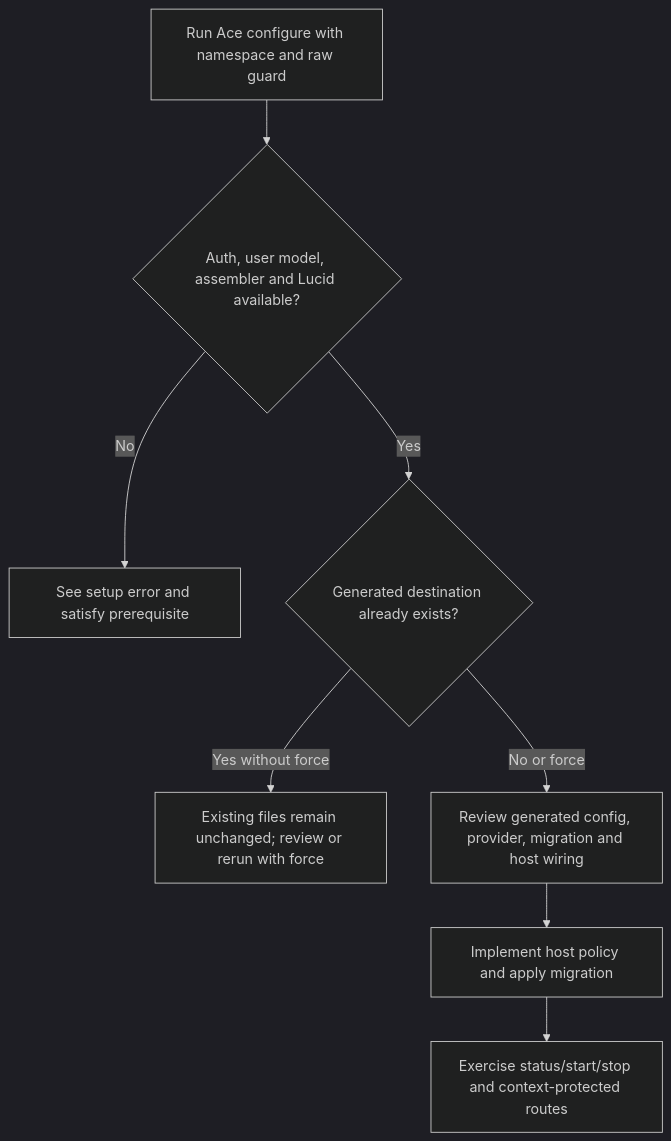
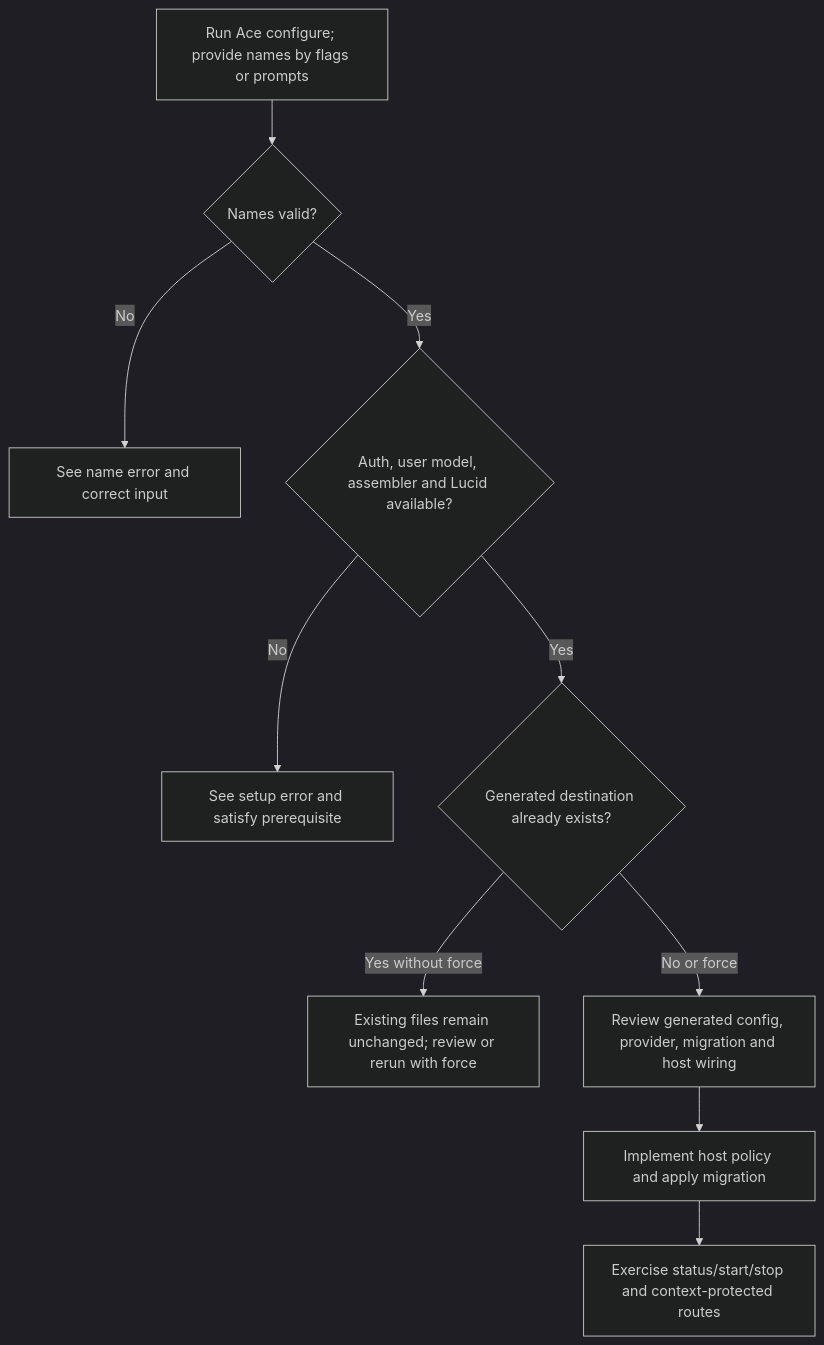
The first of 2 diagrams in user-stories/configure-masquerade/us-setup-01-configure-masquerade.md (Kevinjohn/oss-adonisjs-masquerade), drawn with Mermaid (dark theme) before and after one commit. The commit also changed other lines of this file, not shown here.

````diff
--- a/user-stories/configure-masquerade/us-setup-01-configure-masquerade.md
+++ b/user-stories/configure-masquerade/us-setup-01-configure-masquerade.md
@@ -23,10 +29,12 @@
 ```mermaid
 flowchart TD
-    A["Run Ace configure with namespace and raw guard"] --> B{"Auth, user model, assembler and Lucid available?"}
+    A["Run Ace configure; provide names by flags or prompts"] --> N{"Names valid?"}
+    N -->|No| O["See name error and correct input"]
+    N -->|Yes| B{"Auth, user model, assembler and Lucid available?"}
     B -->|No| C["See setup error and satisfy prerequisite"]
     B -->|Yes| D{"Generated destination already exists?"}
     D -->|Yes without force| E["Existing files remain unchanged; review or rerun with force"]
     D -->|No or force| F["Review generated config, provider, migration and host wiring"]
     F --> G["Implement host policy and apply migration"]
     G --> H["Exercise status/start/stop and context-protected routes"]
 ```
````
